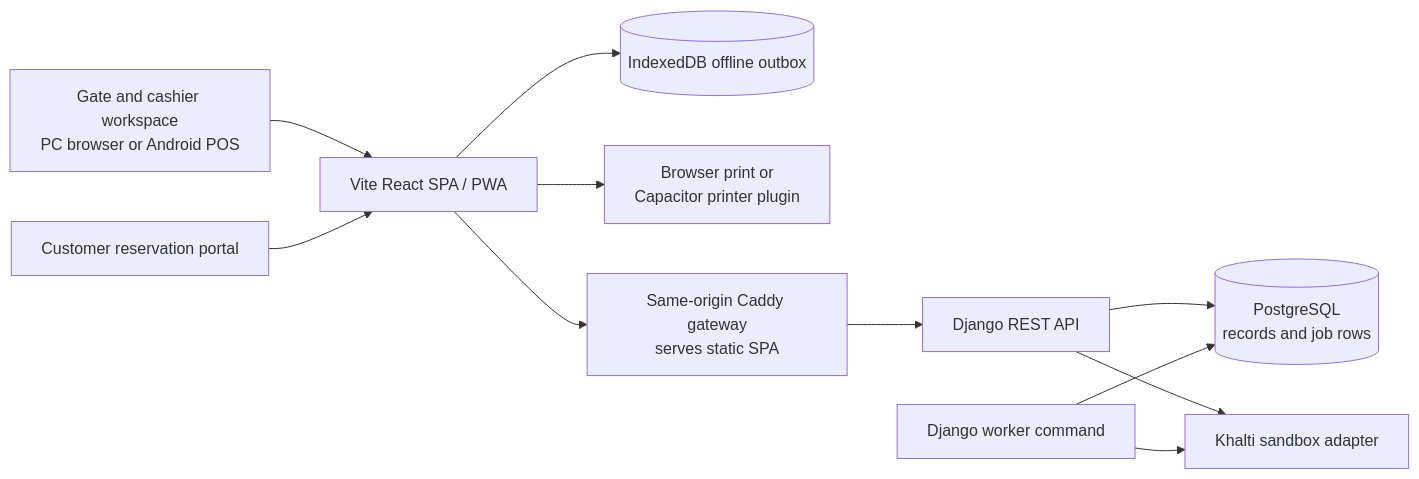
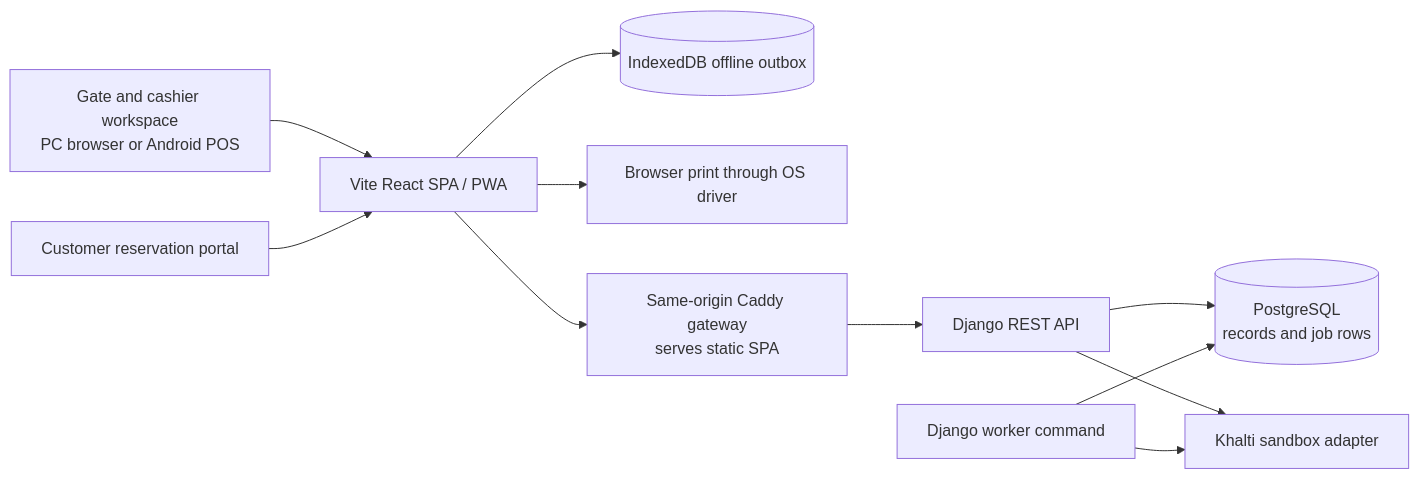
Before and after one commit to nikace7/bayline-parking: the diagram in docs/BLUEPRINT.md, drawn with Mermaid. The commit also changed other lines of this file and 22 other files, not shown here.

````diff
--- a/docs/BLUEPRINT.md
+++ b/docs/BLUEPRINT.md
@@ -43,13 +47,13 @@
 ```mermaid
 flowchart LR
   Operator[Gate and cashier workspace<br/>PC browser or Android POS] --> SPA[Vite React SPA / PWA]
   Customer[Customer reservation portal] --> SPA
   SPA --> Outbox[(IndexedDB offline outbox)]
-  SPA --> Print[Browser print or<br/>Capacitor printer plugin]
+  SPA --> Print[Browser print through OS driver]
   SPA --> Gateway[Same-origin Caddy gateway<br/>serves static SPA]
   Gateway --> API[Django REST API]
   API --> DB[(PostgreSQL<br/>records and job rows)]
   Worker[Django worker command] --> DB
   API --> Khalti[Khalti sandbox adapter]
   Worker --> Khalti
 ```
````
